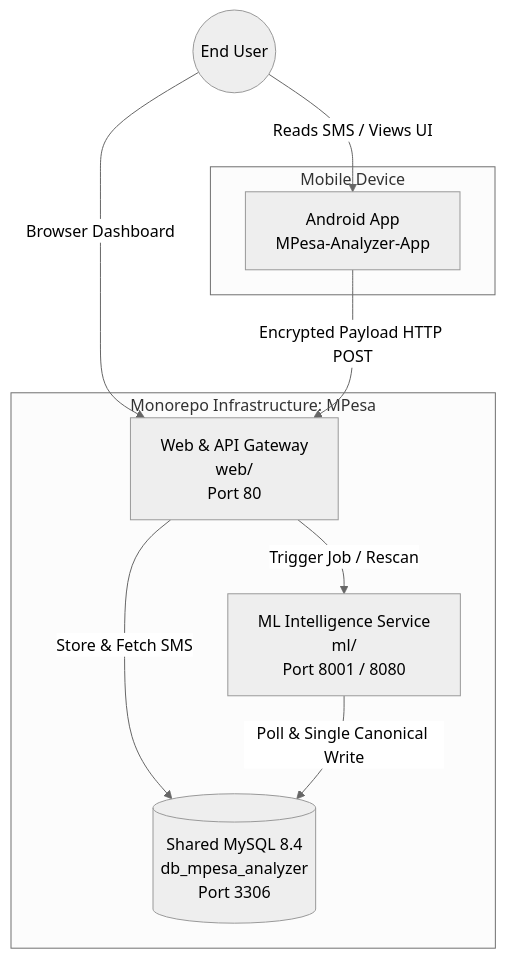
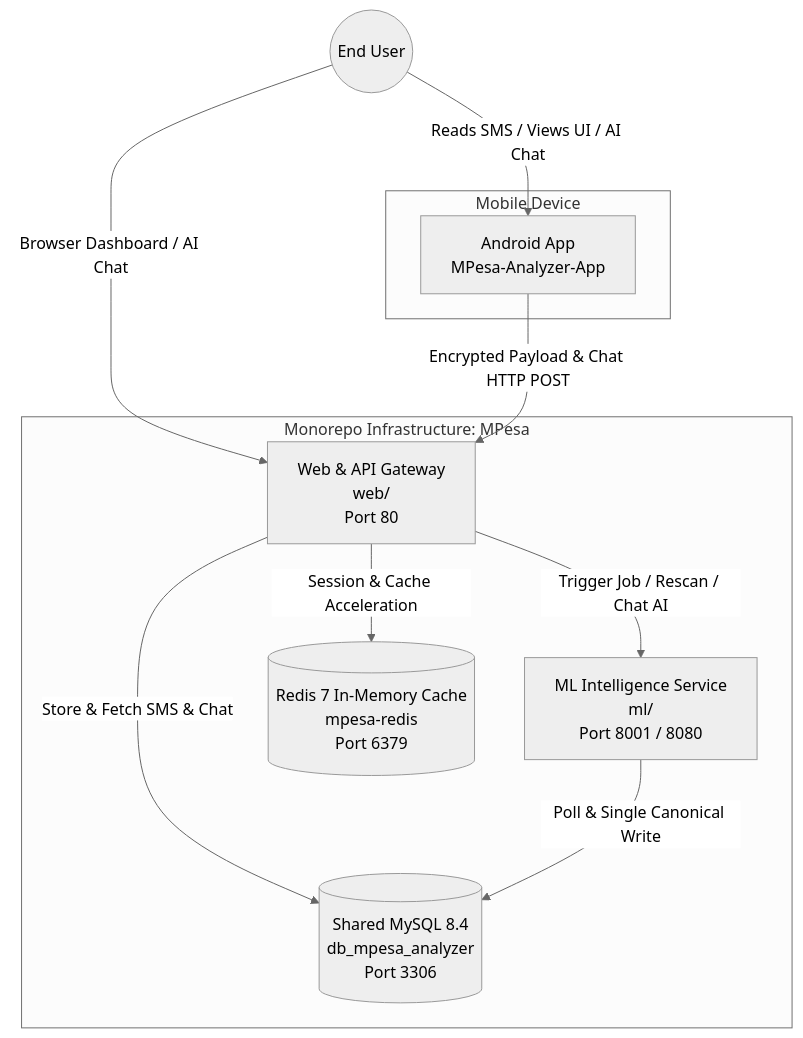
Before and after one commit to Niccher/Smart-SMS: the diagram in docs/architecture/overview.md, drawn with Mermaid (neutral theme). The commit also changed other lines of this file and 12 other files, not shown here.

````diff
--- a/docs/architecture/overview.md
+++ b/docs/architecture/overview.md
@@ -11,21 +11,23 @@
 ```mermaid
 flowchart TD
   User((End User))
 
   subgraph Mobile Device
     App[Android App<br/>MPesa-Analyzer-App]
   end
 
   subgraph Monorepo Infrastructure: MPesa
     WebApp[Web & API Gateway<br/>web/<br/>Port 80]
     ML[ML Intelligence Service<br/>ml/<br/>Port 8001 / 8080]
+    Redis[(Redis 7 In-Memory Cache<br/>mpesa-redis<br/>Port 6379)]
     MySQL[(Shared MySQL 8.4<br/>db_mpesa_analyzer<br/>Port 3306)]
   end
 
-  User -->|Reads SMS / Views UI| App
-  User -->|Browser Dashboard| WebApp
-  App -->|Encrypted Payload HTTP POST| WebApp
-  WebApp -->|Store & Fetch SMS| MySQL
+  User -->|Reads SMS / Views UI / AI Chat| App
+  User -->|Browser Dashboard / AI Chat| WebApp
+  App -->|Encrypted Payload & Chat HTTP POST| WebApp
+  WebApp -->|Store & Fetch SMS & Chat| MySQL
+  WebApp -->|Session & Cache Acceleration| Redis
   ML -->|Poll & Single Canonical Write| MySQL
-  WebApp -->|Trigger Job / Rescan| ML
+  WebApp -->|Trigger Job / Rescan / Chat AI| ML
 ```
````
